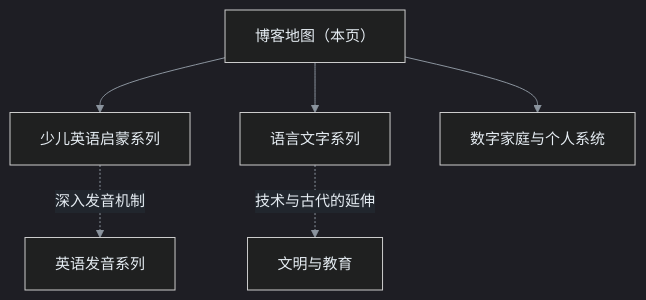
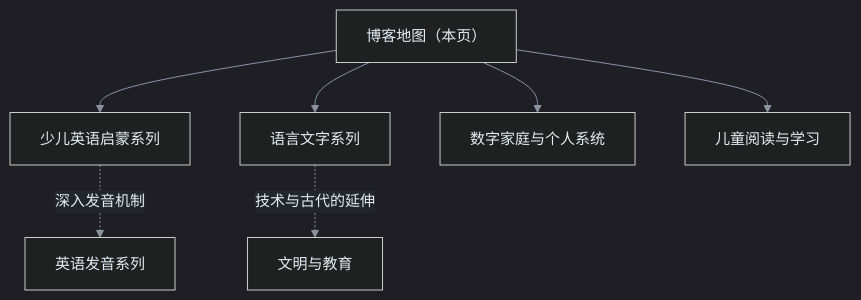
Before and after one commit to yeyangchen2009/draft-review: the diagram in drafts/2026年9月27日-博客地图.md, drawn with Mermaid. The commit also changed other lines of this file and 1 other file, not shown here.

Commit message:
同步草稿 26 篇（2026-09-27 14:03）

````diff
--- a/drafts/2026年9月27日-博客地图.md
+++ b/drafts/2026年9月27日-博客地图.md
@@ -23,15 +23,17 @@
 ```mermaid
 %%{init: {'theme':'dark','themeVariables':{'background':'#0d1117','primaryColor':'#1f6feb','primaryTextColor':'#ffffff','primaryBorderColor':'#79c0ff','secondaryColor':'#21262d','tertiaryColor':'#30363d','lineColor':'#8b949e','textColor':'#e6edf3','clusterBkg':'#161b22','clusterBorder':'#58a6ff','edgeLabelBackground':'#21262d','fontSize':'15px'}}}%%
 flowchart TD
     MAP["博客地图（本页）"]
     E["少儿英语启蒙系列"]
     B["英语发音系列"]
     C["语言文字系列"]
     D["文明与教育"]
     A["数字家庭与个人系统"]
+    F["儿童阅读与学习"]
     MAP --> E
     E -. "深入发音机制" .-> B
     MAP --> C
     C -. "技术与古代的延伸" .-> D
     MAP --> A
+    MAP --> F
 ```
````
